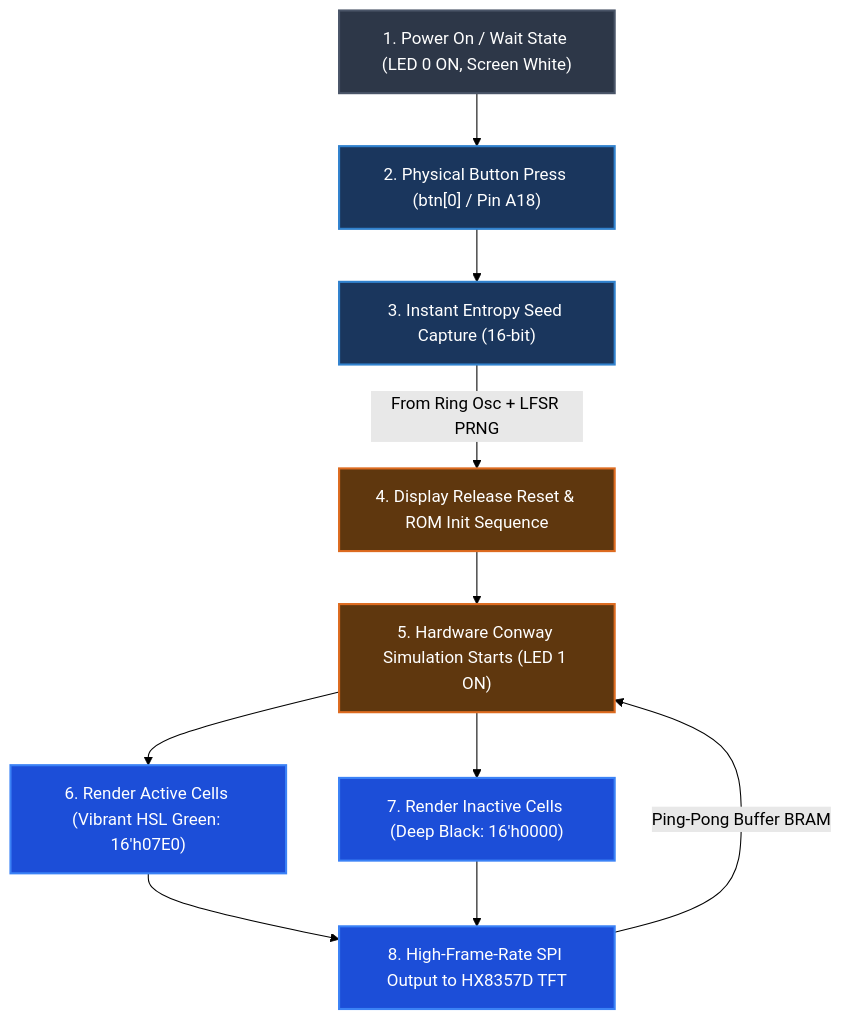
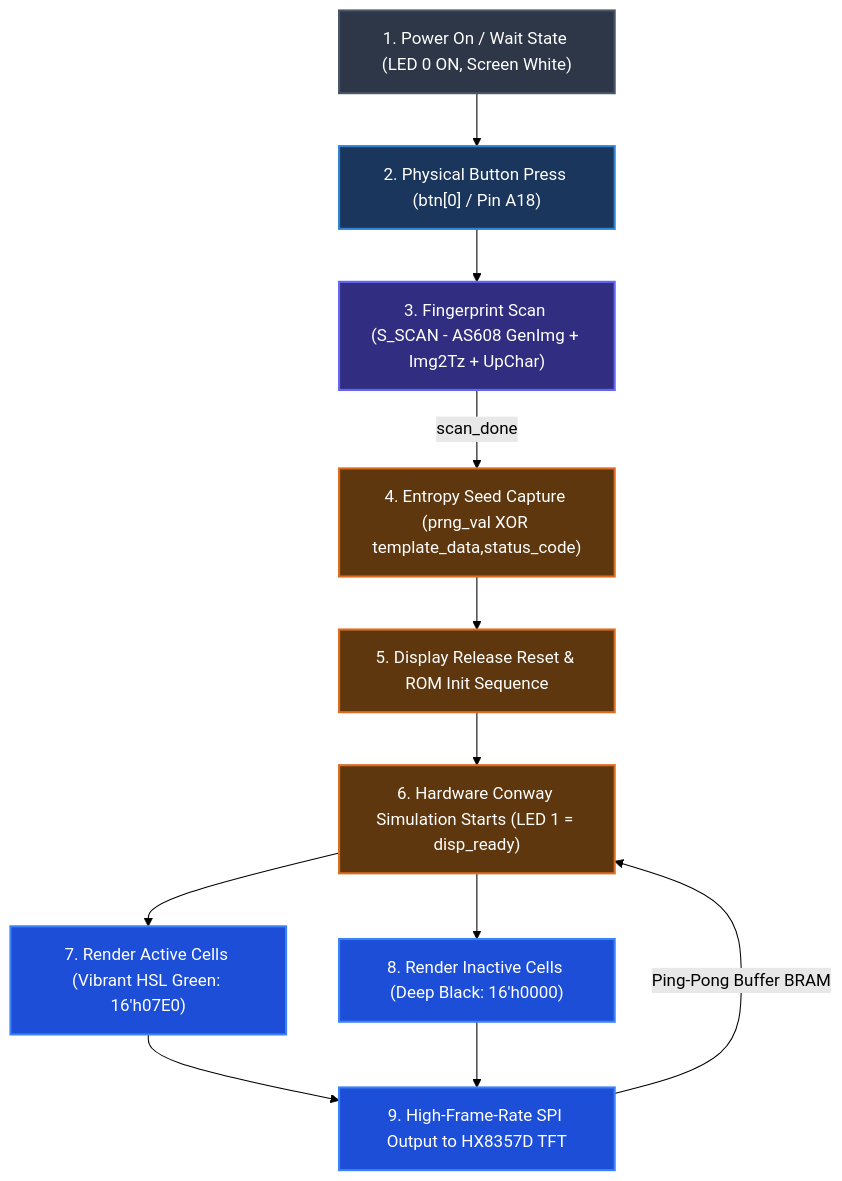
The first of 3 diagrams in README.md (Darkmidget/PRNG_V2), drawn with Mermaid (forest theme) before and after one commit. The commit also changed other lines of this file, not shown here.

````diff
--- a/README.md
+++ b/README.md
@@ -14,21 +14,24 @@
 ```mermaid
 flowchart TD
     A["1. Power On / Wait State (LED 0 ON, Screen White)"] --> B["2. Physical Button Press (btn[0] / Pin A18)"]
-    B --> C["3. Instant Entropy Seed Capture (16-bit)"]
-    C -->|From Ring Osc + LFSR PRNG| D["4. Display Release Reset & ROM Init Sequence"]
-    D --> E["5. Hardware Conway Simulation Starts (LED 1 ON)"]
-    E --> F["6. Render Active Cells (Vibrant HSL Green: 16'h07E0)"]
-    E --> G["7. Render Inactive Cells (Deep Black: 16'h0000)"]
-    F & G --> H["8. High-Frame-Rate SPI Output to HX8357D TFT"]
+    B --> B2["3. Fingerprint Scan (S_SCAN - AS608 GenImg + Img2Tz + UpChar)"]
+    B2 -->|scan_done| C["4. Entropy Seed Capture (prng_val XOR template_data,status_code)"]
+    C --> D["5. Display Release Reset & ROM Init Sequence"]
+    D --> E["6. Hardware Conway Simulation Starts (LED 1 = disp_ready)"]
+    E --> F["7. Render Active Cells (Vibrant HSL Green: 16'h07E0)"]
+    E --> G["8. Render Inactive Cells (Deep Black: 16'h0000)"]
+    F & G --> H["9. High-Frame-Rate SPI Output to HX8357D TFT"]
     H -->|Ping-Pong Buffer BRAM| E
 
     classDef waiting fill:#2d3748,stroke:#4a5568,stroke-width:2px,color:#fff;
     classDef input fill:#1a365d,stroke:#3182ce,stroke-width:2px,color:#fff;
+    classDef scan fill:#312e81,stroke:#6366f1,stroke-width:2px,color:#fff;
     classDef fpga fill:#5f370e,stroke:#dd6b20,stroke-width:2px,color:#fff;
     classDef output fill:#1c4ed8,stroke:#3b82f6,stroke-width:2px,color:#fff;
 
     class A waiting;
-    class B,C input;
-    class D,E fpga;
+    class B input;
+    class B2 scan;
+    class C,D,E fpga;
     class F,G,H output;
 ```
````
